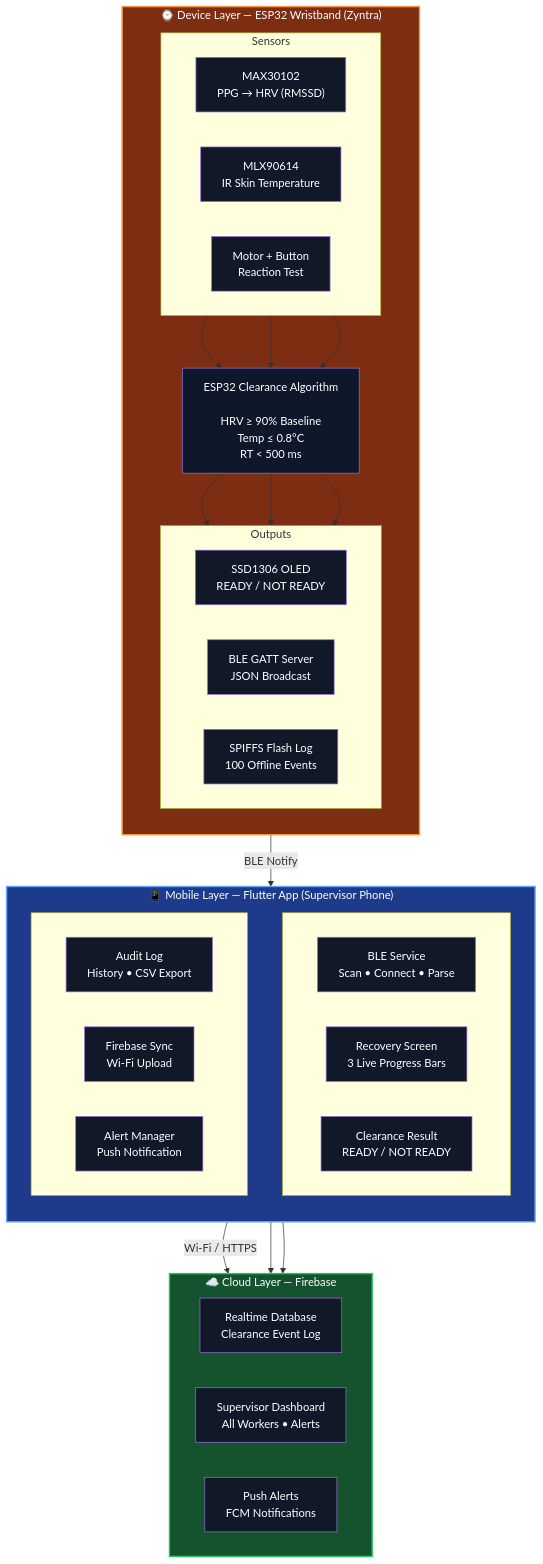
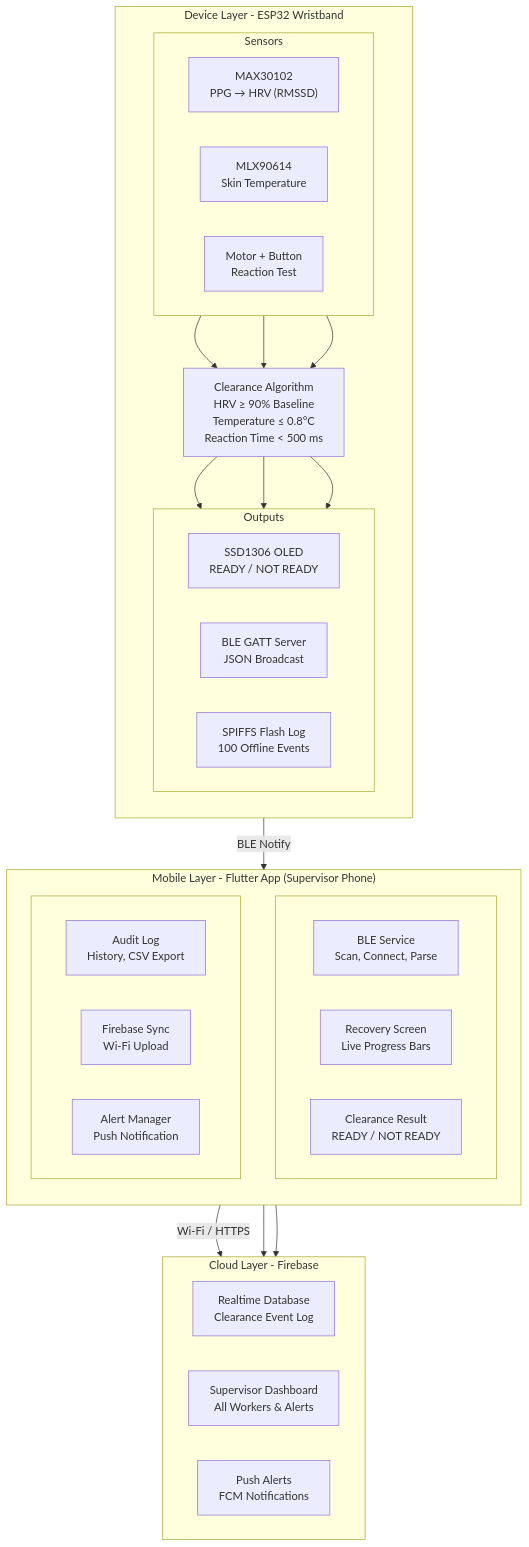
The diagram in README.md (hasinidd/Zyntra_Sem5), drawn with Mermaid before and after one commit. The commit also changed other lines of this file, not shown here.

Commit message:
Architecture diagram

````diff
--- a/README.md
+++ b/README.md
@@ -89,115 +47,61 @@
 ```mermaid
 flowchart TB
 
-%% ===========================
-%% Cloud Layer
-%% ===========================
-
-subgraph CLOUD["☁️ Cloud Layer — Firebase"]
-direction LR
-
-DB["Realtime Database<br/>Clearance Event Log"]
-DASH["Supervisor Dashboard<br/>All Workers • Alerts"]
-FCM["Push Alerts<br/>FCM Notifications"]
-
+subgraph Cloud["Cloud Layer - Firebase"]
+    direction LR
+    DB["Realtime Database<br/>Clearance Event Log"]
+    DASH["Supervisor Dashboard<br/>All Workers & Alerts"]
+    FCM["Push Alerts<br/>FCM Notifications"]
 end
 
-%% ===========================
-%% Mobile Layer
-%% ===========================
+subgraph Mobile["Mobile Layer - Flutter App (Supervisor Phone)"]
+    direction TB
 
-subgraph MOBILE["📱 Mobile Layer — Flutter App (Supervisor Phone)"]
-direction TB
+    subgraph MobileTop[" "]
+        direction LR
+        BLE["BLE Service<br/>Scan, Connect, Parse"]
+        REC["Recovery Screen<br/>Live Progress Bars"]
+        RESULT["Clearance Result<br/>READY / NOT READY"]
+    end
 
-subgraph ROW1[" "]
-direction LR
-
-BLE["BLE Service<br/>Scan • Connect • Parse"]
-REC["Recovery Screen<br/>3 Live Progress Bars"]
-RESULT["Clearance Result<br/>READY / NOT READY"]
-
+    subgraph MobileBottom[" "]
+        direction LR
+        AUDIT["Audit Log<br/>History, CSV Export"]
+        SYNC["Firebase Sync<br/>Wi-Fi Upload"]
+        ALERT["Alert Manager<br/>Push Notification"]
+    end
 end
 
-subgraph ROW2[" "]
-direction LR
+subgraph Device["Device Layer - ESP32 Wristband"]
+    direction TB
 
-AUDIT["Audit Log<br/>History • CSV Export"]
-SYNC["Firebase Sync<br/>Wi-Fi Upload"]
-ALERT["Alert Manager<br/>Push Notification"]
+    subgraph Sensors["Sensors"]
+        direction LR
+        MAX["MAX30102<br/>PPG → HRV (RMSSD)"]
+        TEMP["MLX90614<br/>Skin Temperature"]
+        RT["Motor + Button<br/>Reaction Test"]
+    end
 
+    ALG["Clearance Algorithm<br/>HRV ≥ 90% Baseline<br/>Temperature ≤ 0.8°C<br/>Reaction Time < 500 ms"]
+
+    subgraph Outputs["Outputs"]
+        direction LR
+        OLED["SSD1306 OLED<br/>READY / NOT READY"]
+        GATT["BLE GATT Server<br/>JSON Broadcast"]
+        LOG["SPIFFS Flash Log<br/>100 Offline Events"]
+    end
+
+    MAX --> ALG
+    TEMP --> ALG
+    RT --> ALG
+
+    ALG --> OLED
+    ALG --> GATT
+    ALG --> LOG
 end
 
-end
-
-%% ===========================
-%% Device Layer
-%% ===========================
-
-subgraph DEVICE["⌚ Device Layer — ESP32 Wristband (Zyntra)"]
-direction TB
-
-subgraph SENSORS["Sensors"]
-direction LR
-
-MAX["MAX30102<br/>PPG → HRV (RMSSD)"]
-MLX["MLX90614<br/>IR Skin Temperature"]
-BUTTON["Motor + Button<br/>Reaction Test"]
-
-end
-
-ALG["ESP32 Clearance Algorithm<br/><br/>HRV ≥ 90% Baseline<br/>Temp ≤ 0.8°C<br/>RT < 500 ms"]
-
-subgraph OUTPUT["Outputs"]
-direction LR
-
-OLED["SSD1306 OLED<br/>READY / NOT READY"]
-BLESERVER["BLE GATT Server<br/>JSON Broadcast"]
-SPIFFS["SPIFFS Flash Log<br/>100 Offline Events"]
-
-end
-
-MAX --> ALG
-MLX --> ALG
-BUTTON --> ALG
-
-ALG --> OLED
-ALG --> BLESERVER
-ALG --> SPIFFS
-
-end
-
-%% ===========================
-%% Cross-layer Communication
-%% ===========================
-
-BLESERVER -- "BLE Notify" --> BLE
-
-SYNC -- "Wi-Fi / HTTPS" --> DB
+GATT -- BLE Notify --> BLE
+SYNC -- Wi-Fi / HTTPS --> DB
 SYNC --> DASH
 SYNC --> FCM
-
-%% ===========================
-%% Styling
-%% ===========================
-
-style CLOUD fill:#14532d,color:#fff,stroke:#22c55e,stroke-width:2px
-style MOBILE fill:#1e3a8a,color:#fff,stroke:#60a5fa,stroke-width:2px
-style DEVICE fill:#7c2d12,color:#fff,stroke:#fb923c,stroke-width:2px
-
-style ALG fill:#0f172a,color:#fff
-style DB fill:#111827,color:#fff
-style DASH fill:#111827,color:#fff
-style FCM fill:#111827,color:#fff
-style BLE fill:#111827,color:#fff
-style REC fill:#111827,color:#fff
-style RESULT fill:#111827,color:#fff
-style AUDIT fill:#111827,color:#fff
-style SYNC fill:#111827,color:#fff
-style ALERT fill:#111827,color:#fff
-style MAX fill:#111827,color:#fff
-style MLX fill:#111827,color:#fff
-style BUTTON fill:#111827,color:#fff
-style OLED fill:#111827,color:#fff
-style BLESERVER fill:#111827,color:#fff
-style SPIFFS fill:#111827,color:#fff
 ```
````
